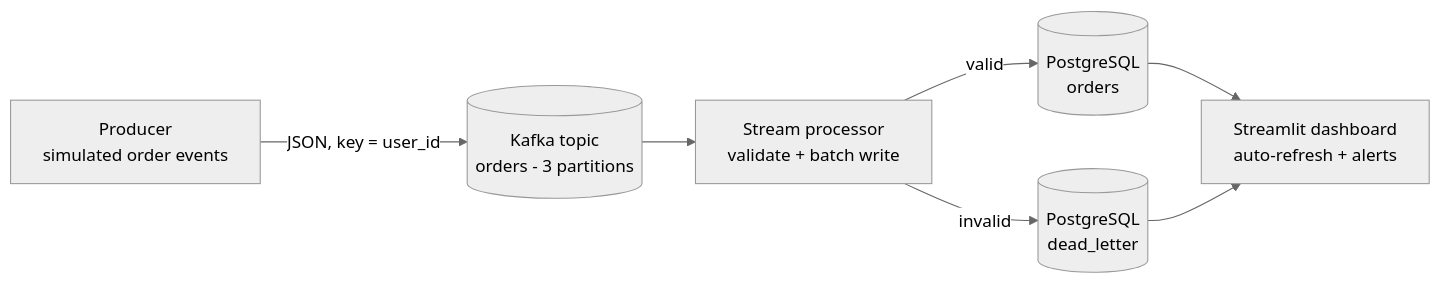
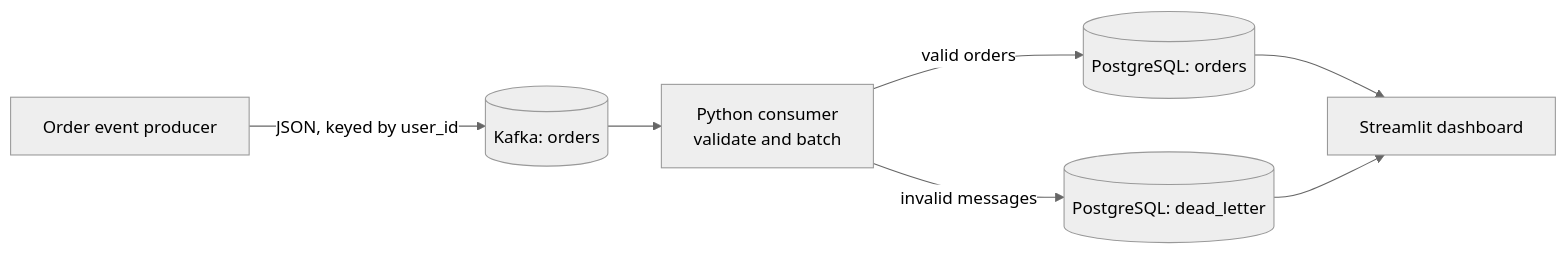
Before and after one commit to theyashkhatri/Real-Time-Data-Pipeline-with-Streaming-Ingestion-and-Live-Dashboard: the diagram in README.md, drawn with Mermaid (neutral theme). The commit also changed other lines of this file, not shown here.

````diff
--- a/README.md
+++ b/README.md
@@ -42,9 +29,9 @@
 ```mermaid
 flowchart LR
-    P["Producer<br/>simulated order events"] -->|JSON, key = user_id| K[("Kafka topic<br/>orders - 3 partitions")]
-    K --> C["Stream processor<br/>validate + batch write"]
-    C -->|valid| O[("PostgreSQL<br/>orders")]
-    C -->|invalid| D[("PostgreSQL<br/>dead_letter")]
-    O --> S["Streamlit dashboard<br/>auto-refresh + alerts"]
-    D --> S
+    P["Order event producer"] -->|"JSON, keyed by user_id"| K[("Kafka: orders")]
+    K --> C["Python consumer<br/>validate and batch"]
+    C -->|"valid orders"| DB[("PostgreSQL: orders")]
+    C -->|"invalid messages"| DL[("PostgreSQL: dead_letter")]
+    DB --> D["Streamlit dashboard"]
+    DL --> D
 ```
````
